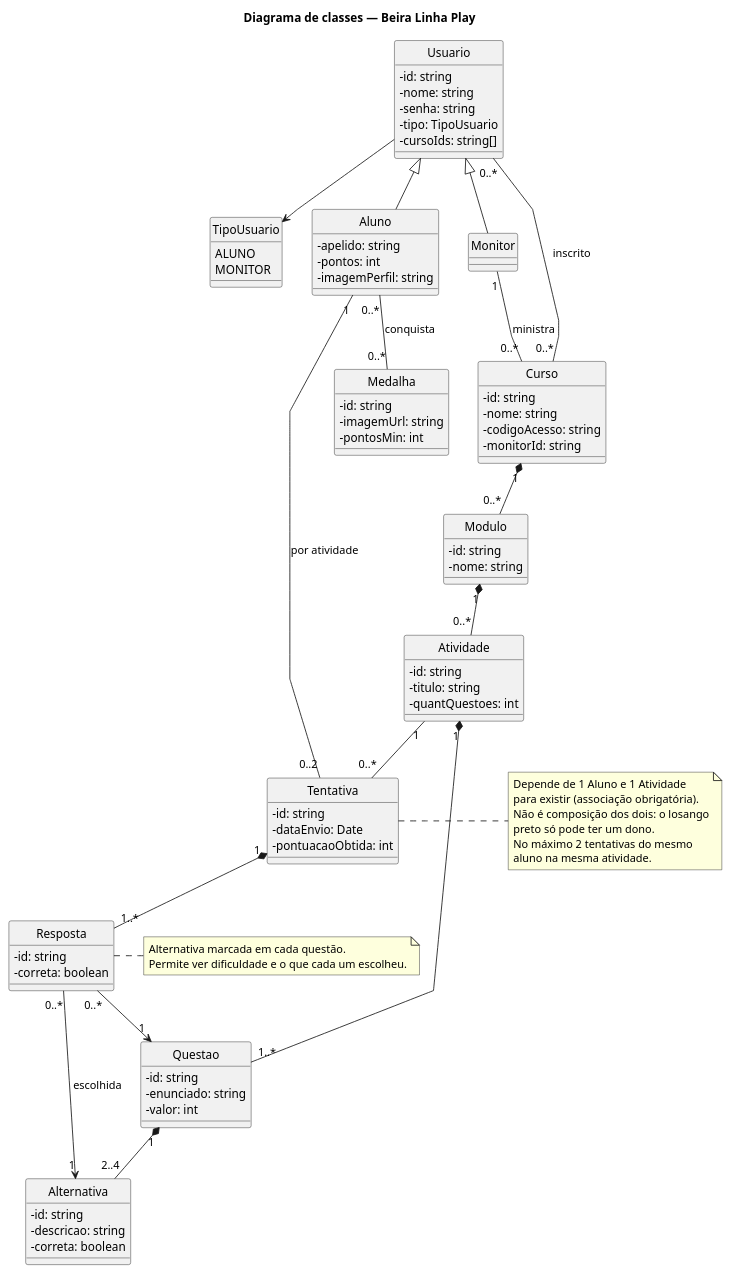
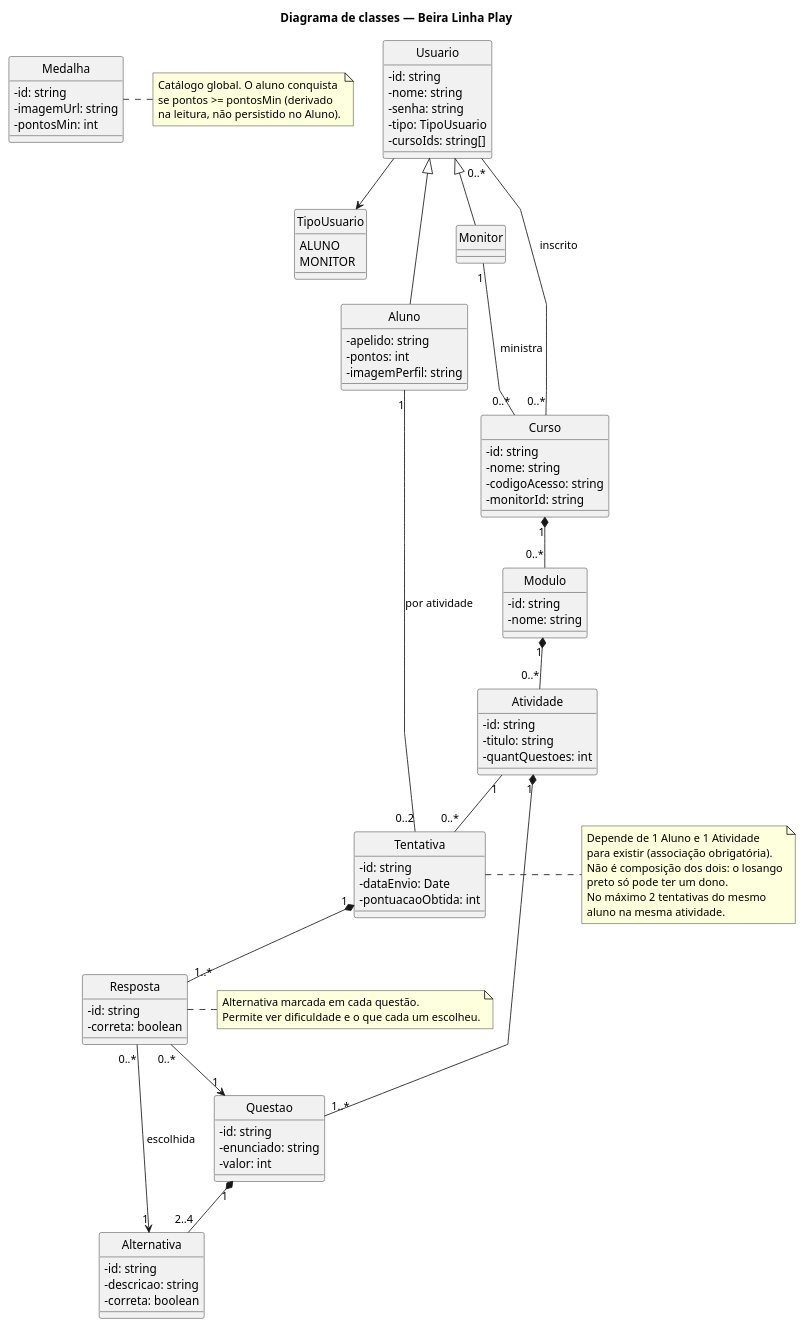
Before and after one commit to GustavoA01/react-flow: the diagram in src/diagrama-classes.puml, drawn with PlantUML. The commit also changed 30 other files, not shown here.

```diff
--- a/src/diagrama-classes.puml
+++ b/src/diagrama-classes.puml
@@ -1,109 +1,114 @@
 @startuml Diagrama_de_classes_Beira_Linha
 title Diagrama de classes — Beira Linha Play
 skinparam classAttributeIconSize 0
 skinparam shadowing false
 skinparam linetype polyline
 hide circle
 
 enum TipoUsuario {
   ALUNO
   MONITOR
 }
 
 class Usuario {
   - id: string
   - nome: string
   - senha: string
   - tipo: TipoUsuario
   - cursoIds: string[]
 }
 
 class Aluno {
   - apelido: string
   - pontos: int
   - imagemPerfil: string
 }
 
 class Monitor
 
 class Medalha {
   - id: string
   - imagemUrl: string
   - pontosMin: int
 }
 
 class Curso {
   - id: string
   - nome: string
   - codigoAcesso: string
   - monitorId: string
 }
 
 class Modulo {
   - id: string
   - nome: string
 }
 
 class Atividade {
   - id: string
   - titulo: string
   - quantQuestoes: int
 }
 
 class Questao {
   - id: string
   - enunciado: string
   - valor: int
 }
 
 class Alternativa {
   - id: string
   - descricao: string
   - correta: boolean
 }
 
 class Tentativa {
   - id: string
   - dataEnvio: Date
   - pontuacaoObtida: int
 }
 
 class Resposta {
   - id: string
   - correta: boolean
 }
 
 Usuario <|-- Aluno
 Usuario <|-- Monitor
 Usuario --> TipoUsuario
 
 Usuario "0..*" -- "0..*" Curso : inscrito
 Monitor "1" -- "0..*" Curso : ministra
-Aluno "0..*" -- "0..*" Medalha : conquista
 
 Curso "1" *-- "0..*" Modulo
 Modulo "1" *-- "0..*" Atividade
 Atividade "1" *-- "1..*" Questao
 Questao "1" *-- "2..4" Alternativa
 
 Aluno "1" -- "0..2" Tentativa : por atividade
 Atividade "1" -- "0..*" Tentativa
 Tentativa "1" *-- "1..*" Resposta
 Resposta "0..*" --> "1" Questao
 Resposta "0..*" --> "1" Alternativa : escolhida
+
+note right of Medalha
+  Catálogo global. O aluno conquista
+  se pontos >= pontosMin (derivado
+  na leitura, não persistido no Aluno).
+end note
 
 note right of Tentativa
   Depende de 1 Aluno e 1 Atividade
   para existir (associação obrigatória).
   Não é composição dos dois: o losango
   preto só pode ter um dono.
   No máximo 2 tentativas do mesmo
   aluno na mesma atividade.
 end note
 
 note right of Resposta
   Alternativa marcada em cada questão.
   Permite ver dificuldade e o que cada um escolheu.
 end note
 
 @enduml
```
